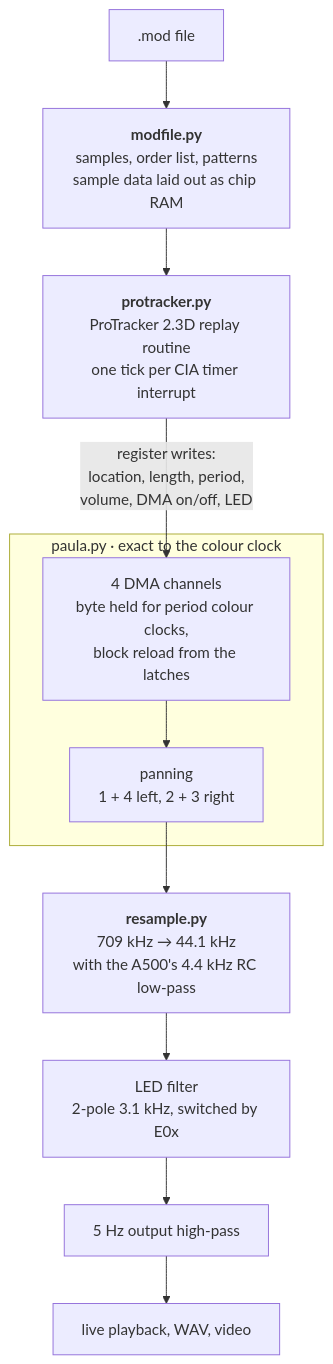
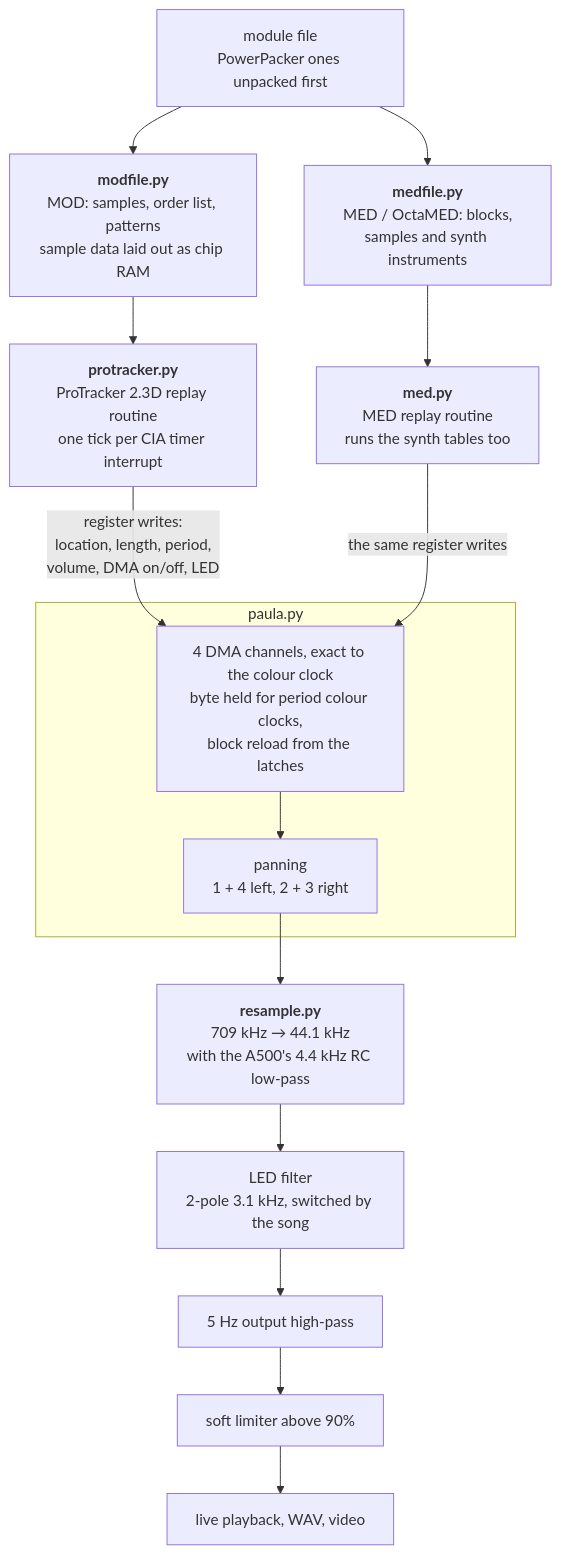
One commit to alecu/numsid changed the second of 2 diagrams in README.md. Above: the diagram before and after it, drawn with Mermaid. The commit also changed other lines of this file and 7 other files, not shown here.

````diff
--- a/README.md
+++ b/README.md
@@ -185,15 +190,19 @@
 ```mermaid
 flowchart TD
-    file[".mod file"] --> mod["<b>modfile.py</b><br/>samples, order list, patterns<br/>sample data laid out as chip RAM"]
+    file["module file<br/>PowerPacker ones unpacked first"] --> mod["<b>modfile.py</b><br/>MOD: samples, order list, patterns<br/>sample data laid out as chip RAM"]
+    file --> medf["<b>medfile.py</b><br/>MED / OctaMED: blocks,<br/>samples and synth instruments"]
     mod --> pt["<b>protracker.py</b><br/>ProTracker 2.3D replay routine<br/>one tick per CIA timer interrupt"]
+    medf --> medr["<b>med.py</b><br/>MED replay routine<br/>runs the synth tables too"]
     pt -- "register writes:<br/>location, length, period,<br/>volume, DMA on/off, LED" --> ch
+    medr -- "the same register writes" --> ch
 
-    subgraph paula ["paula.py · exact to the colour clock"]
-        ch["4 DMA channels<br/>byte held for period colour clocks,<br/>block reload from the latches"] --> pan["panning<br/>1 + 4 left, 2 + 3 right"]
+    subgraph paula ["paula.py"]
+        ch["4 DMA channels, exact to the colour clock<br/>byte held for period colour clocks,<br/>block reload from the latches"] --> pan["panning<br/>1 + 4 left, 2 + 3 right"]
     end
 
     pan --> res["<b>resample.py</b><br/>709 kHz → 44.1 kHz<br/>with the A500's 4.4 kHz RC low-pass"]
-    res --> led["LED filter<br/>2-pole 3.1 kHz, switched by E0x"]
+    res --> led["LED filter<br/>2-pole 3.1 kHz, switched by the song"]
     led --> hp["5 Hz output high-pass"]
-    hp --> out["live playback, WAV, video"]
+    hp --> lim["soft limiter above 90%"]
+    lim --> out["live playback, WAV, video"]
 ```
````
